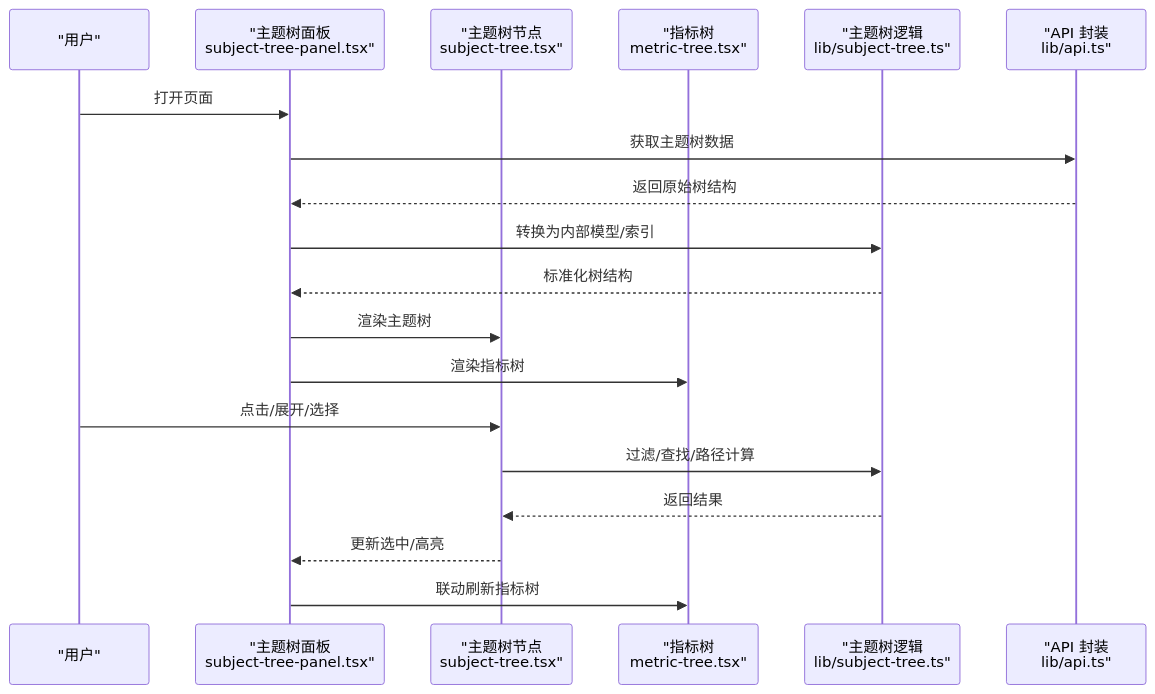
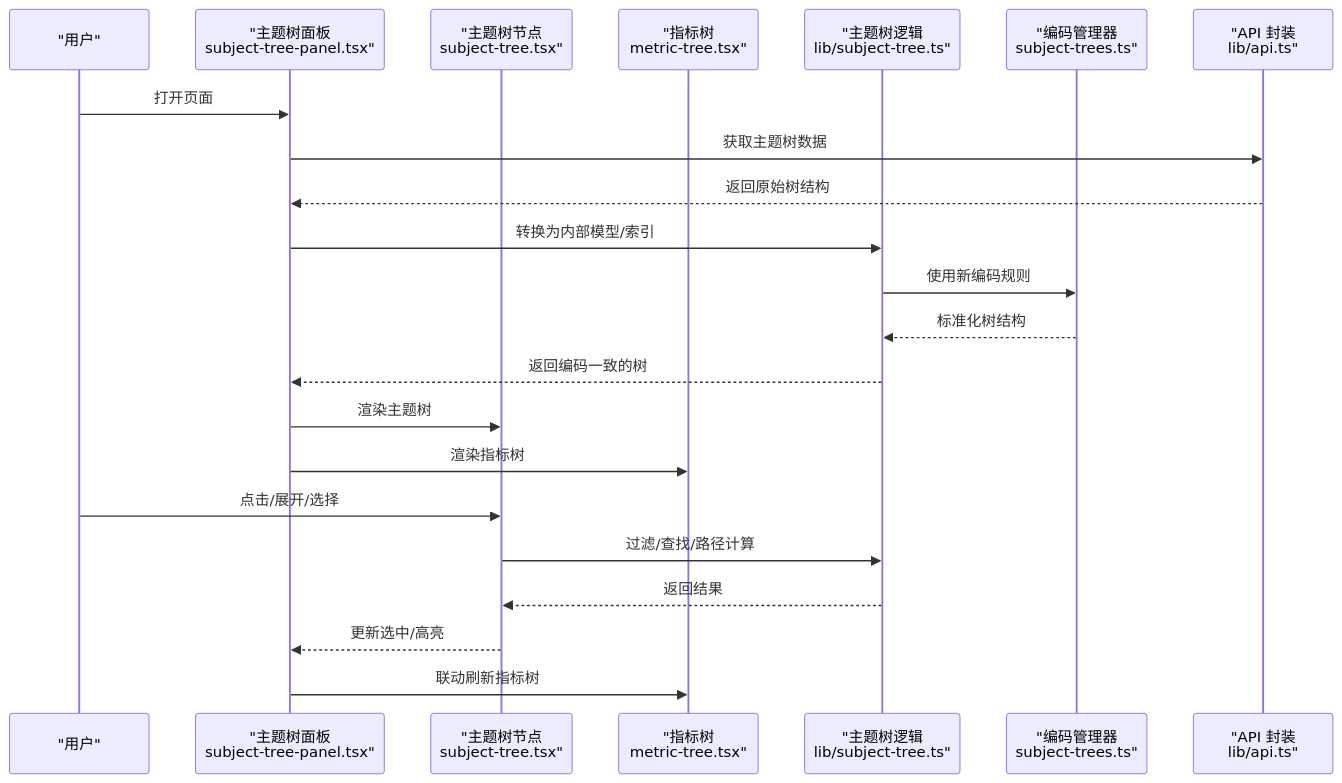
One commit to Damao997/newproject changed the second of 10 diagrams in .qoder/repowiki/zh/content/架构设计/组件架构/业务组件/主题树系统.md. Above: the diagram before and after it, drawn with Mermaid. The commit also changed other lines of this file and 10 other files, not shown here.

````diff
--- a/.qoder/repowiki/zh/content/架构设计/组件架构/业务组件/主题树系统.md
+++ b/.qoder/repowiki/zh/content/架构设计/组件架构/业务组件/主题树系统.md
@@ -100,21 +123,24 @@
 ```mermaid
 sequenceDiagram
 participant U as "用户"
 participant P as "主题树面板<br/>subject-tree-panel.tsx"
 participant T as "主题树节点<br/>subject-tree.tsx"
 participant M as "指标树<br/>metric-tree.tsx"
 participant L as "主题树逻辑<br/>lib/subject-tree.ts"
+participant E as "编码管理器<br/>subject-trees.ts"
 participant A as "API 封装<br/>lib/api.ts"
 U->>P : 打开页面
 P->>A : 获取主题树数据
 A-->>P : 返回原始树结构
 P->>L : 转换为内部模型/索引
-L-->>P : 标准化树结构
+L->>E : 使用新编码规则
+E-->>L : 标准化树结构
+L-->>P : 返回编码一致的树
 P->>T : 渲染主题树
 P->>M : 渲染指标树
 U->>T : 点击/展开/选择
 T->>L : 过滤/查找/路径计算
 L-->>T : 返回结果
 T-->>P : 更新选中/高亮
 P->>M : 联动刷新指标树
 ```
````
